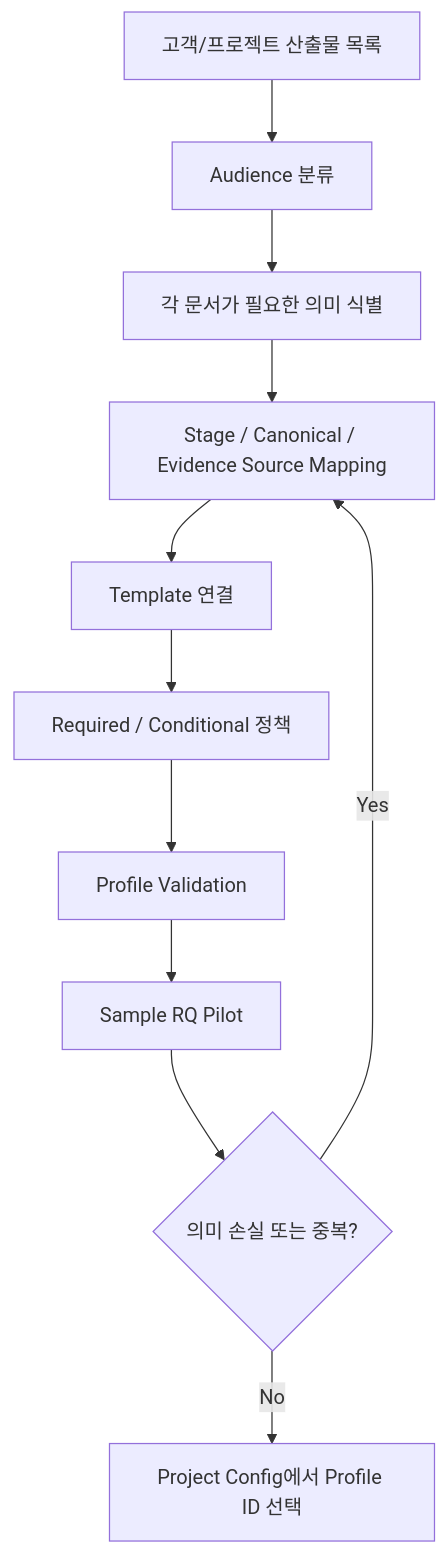
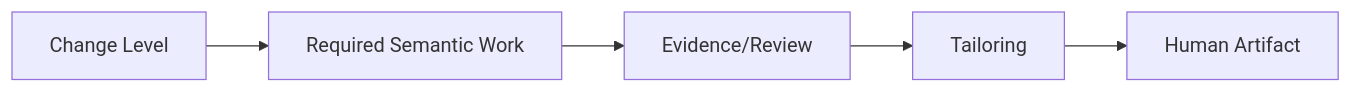
Before and after one commit to Seunghyun0606/SDLC_DDD_SDD: the diagram in docs/00_시작/03_TAILORING_설정가이드.md, drawn with Mermaid. The commit also changed other lines of this file, not shown here.

Commit message:
docs(v1.9): separate tailoring from semantic work

````diff
--- a/docs/00_시작/03_TAILORING_설정가이드.md
+++ b/docs/00_시작/03_TAILORING_설정가이드.md
@@ -28,13 +21,7 @@
 ```mermaid
-flowchart TD
-    A["고객/프로젝트 산출물 목록"] --> B["Audience 분류"]
-    B --> C["각 문서가 필요한 의미 식별"]
-    C --> D["Stage / Canonical / Evidence Source Mapping"]
-    D --> E["Template 연결"]
-    E --> F["Required / Conditional 정책"]
-    F --> G["Profile Validation"]
-    G --> H["Sample RQ Pilot"]
-    H --> I{"의미 손실 또는 중복?"}
-    I -- "Yes" --> D
-    I -- "No" --> J["Project Config에서 Profile ID 선택"]
+flowchart LR
+    C["Change Level"] --> W["Required Semantic Work"]
+    W --> E["Evidence/Review"]
+    E --> T["Tailoring"]
+    T --> A["Human Artifact"]
 ```
````
